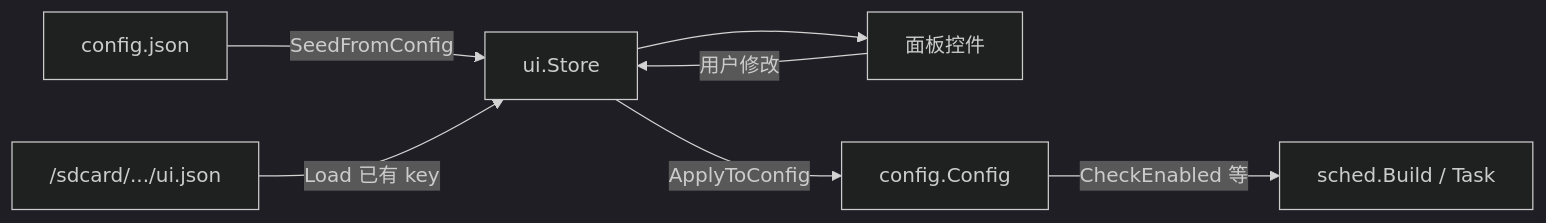
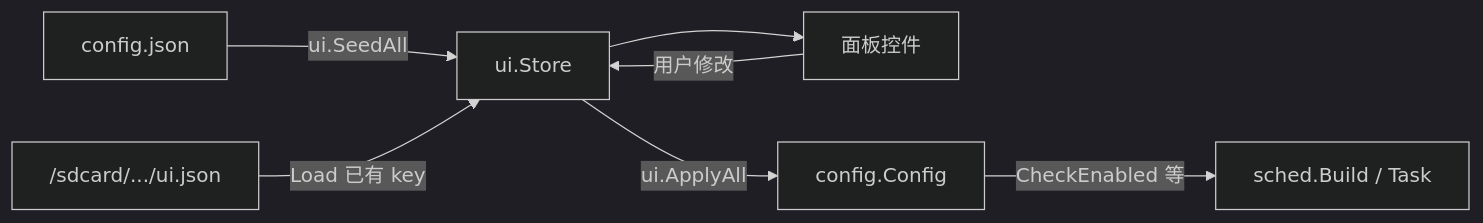
The second of 2 diagrams in docs/开发手册.md (sunnng/shuaibin-cookie-go), drawn with Mermaid (dark theme) before and after one commit. The commit also changed other lines of this file and 2 other files, not shown here.

````diff
--- a/docs/开发手册.md
+++ b/docs/开发手册.md
@@ -237,9 +237,9 @@
 ```mermaid
 flowchart LR
-  cfgJson[config.json] -->|SeedFromConfig| store[ui.Store]
+  cfgJson[config.json] -->|ui.SeedAll| store[ui.Store]
   uiJson["/sdcard/.../ui.json"] -->|Load 已有 key| store
   store --> widgets[面板控件]
   widgets -->|用户修改| store
-  store -->|ApplyToConfig| cfg[config.Config]
+  store -->|ui.ApplyAll| cfg[config.Config]
   cfg -->|CheckEnabled 等| task[sched.Build / Task]
 ```
````
